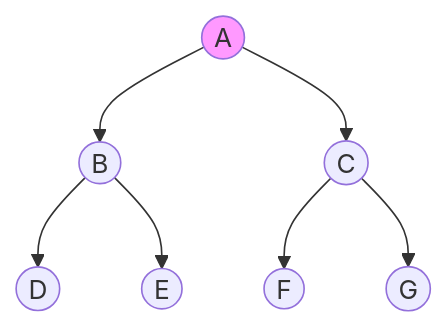
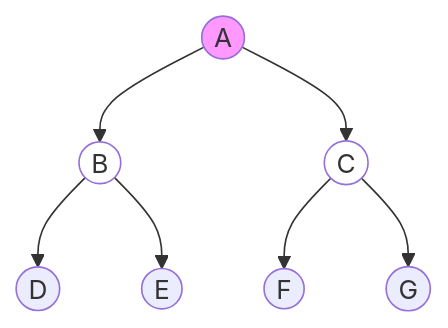
Before and after one commit to gurpreet-ai/gurpreet-ai.github.io: the first of 22 diagrams in _posts/2020-04-20-Uninformed-Search-Strategies.md, drawn with Mermaid. The commit also changed other lines of this file and 3 other files, not shown here.

````diff
--- a/_posts/2020-04-20-Uninformed-Search-Strategies.md
+++ b/_posts/2020-04-20-Uninformed-Search-Strategies.md
@@ -17,10 +18,12 @@
 ```mermaid
 graph TB
 A((A)) --> B((B))
 A --> C((C))
 B --> D((D))
 B --> E((E))
 C --> F((F))
 C --> G((G))
 style A fill:#f9f
+style B fill:white
+style C fill:white
 ```
````
